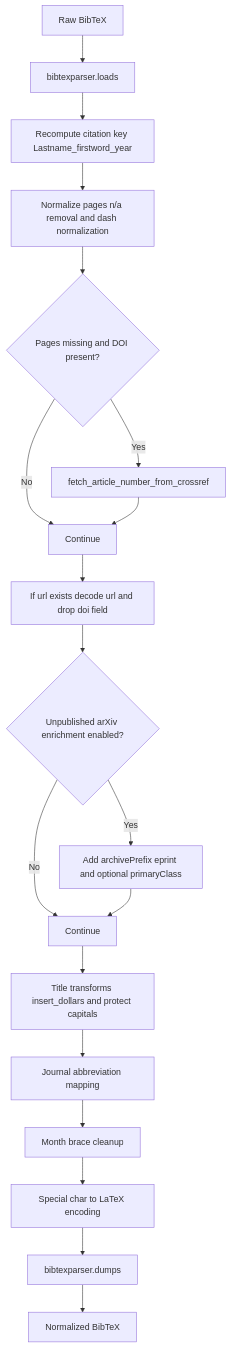
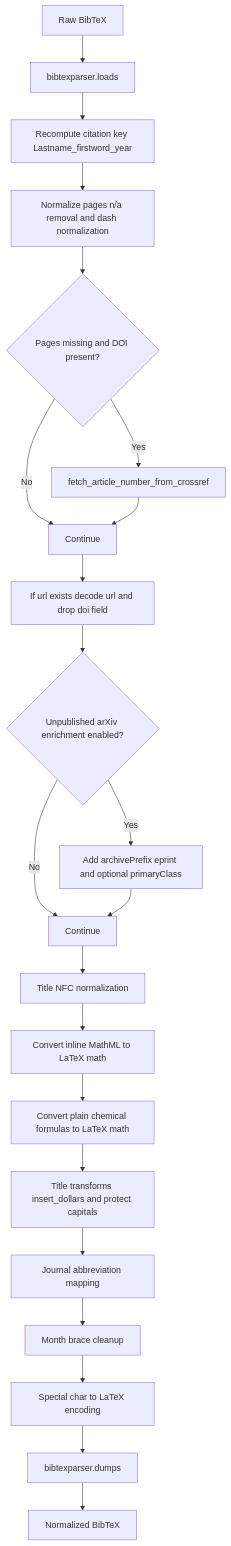
The fourth of 4 diagrams in docs/ALGORITHM_VISUALS.md (archisman-panigrahi/doi2bib3), drawn with Mermaid before and after one commit. The commit also changed 5 other files, not shown here.

First line of the commit message:
Parse chemical compount formulas in title

````diff
--- a/docs/ALGORITHM_VISUALS.md
+++ b/docs/ALGORITHM_VISUALS.md
@@ -84,21 +84,24 @@
 ```mermaid
 flowchart TD
     A[Raw BibTeX] --> B[bibtexparser.loads]
     B --> C[Recompute citation key Lastname_firstword_year]
     C --> D[Normalize pages n/a removal and dash normalization]
     D --> E{Pages missing and DOI present?}
     E -->|Yes| F[fetch_article_number_from_crossref]
     E -->|No| G[Continue]
     F --> G
     G --> H[If url exists decode url and drop doi field]
     H --> I{Unpublished arXiv enrichment enabled?}
     I -->|Yes| J[Add archivePrefix eprint and optional primaryClass]
     I -->|No| K[Continue]
     J --> K
-    K --> L[Title transforms insert_dollars and protect capitals]
-    L --> M[Journal abbreviation mapping]
-    M --> N[Month brace cleanup]
-    N --> O[Special char to LaTeX encoding]
-    O --> P[bibtexparser.dumps]
-    P --> Q[Normalized BibTeX]
+    K --> L[Title NFC normalization]
+    L --> M[Convert inline MathML to LaTeX math]
+    M --> N[Convert plain chemical formulas to LaTeX math]
+    N --> O[Title transforms insert_dollars and protect capitals]
+    O --> P[Journal abbreviation mapping]
+    P --> Q[Month brace cleanup]
+    Q --> R[Special char to LaTeX encoding]
+    R --> S[bibtexparser.dumps]
+    S --> T[Normalized BibTeX]
 ```
````
